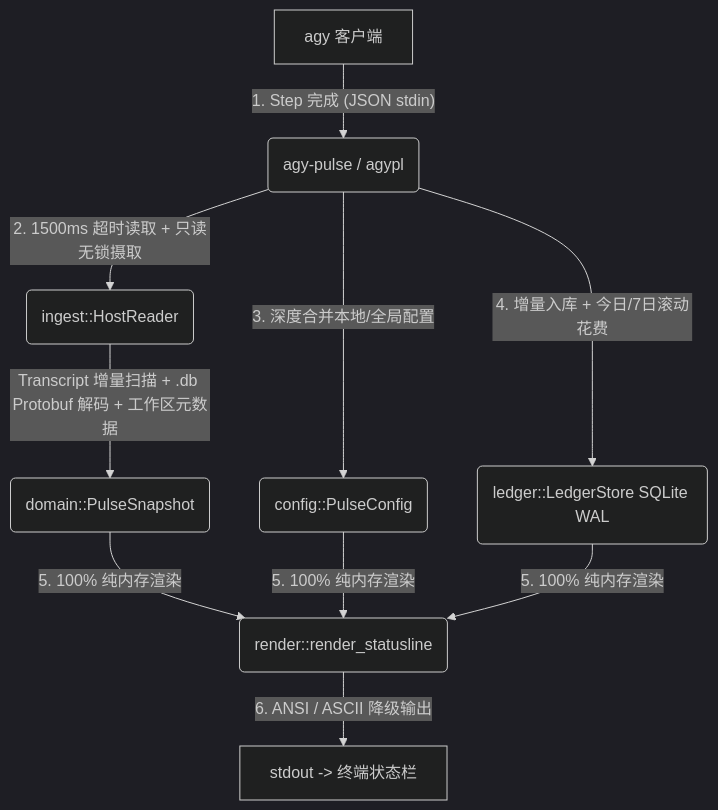
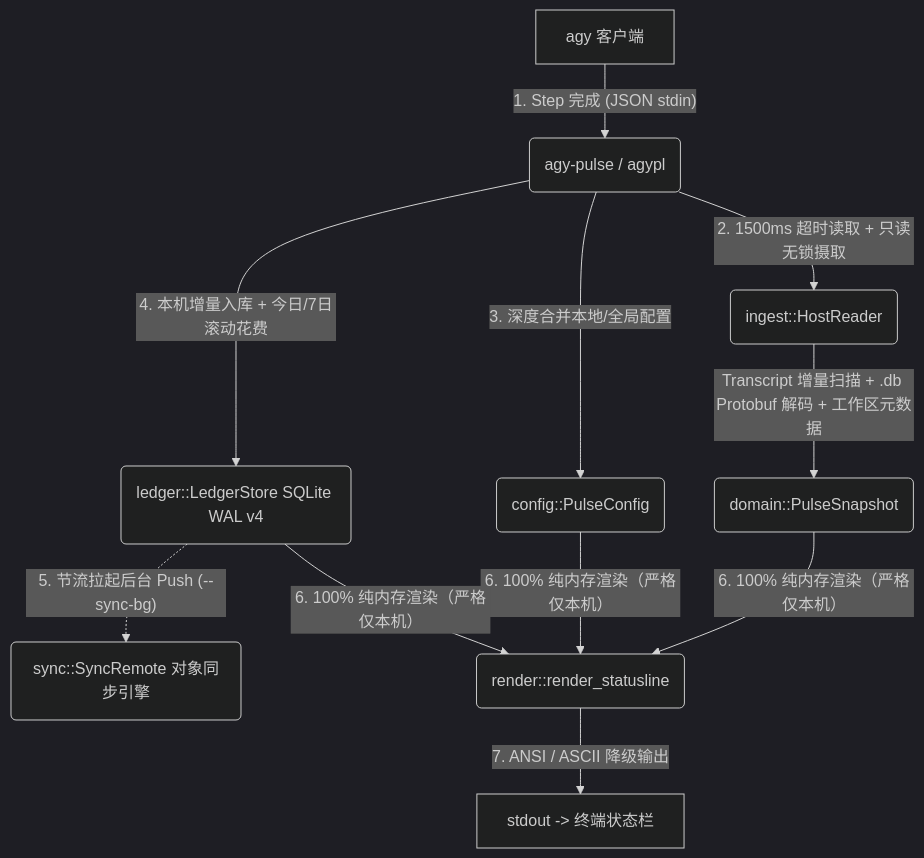
One commit to hardworkDAD/agy-pulse changed the diagram in docs/architecture_zh.md. Above: the diagram before and after it, drawn with Mermaid (dark theme). The commit also changed other lines of this file and 6 other files, not shown here.

Commit message:
docs(sync): document multi-device sync architecture, reference, and pulse-config skill

````diff
--- a/docs/architecture_zh.md
+++ b/docs/architecture_zh.md
@@ -16,10 +16,11 @@
 ```mermaid
 graph TD
     A[agy 客户端] -- "1. Step 完成 (JSON stdin)" --> B(agy-pulse / agypl)
     B -- "2. 1500ms 超时读取 + 只读无锁摄取" --> C(ingest::HostReader)
     C -- "Transcript 增量扫描 + .db Protobuf 解码 + 工作区元数据" --> D(domain::PulseSnapshot)
     B -- "3. 深度合并本地/全局配置" --> E(config::PulseConfig)
-    B -- "4. 增量入库 + 今日/7日滚动花费" --> F(ledger::LedgerStore SQLite WAL)
-    D & E & F -- "5. 100% 纯内存渲染" --> G(render::render_statusline)
-    G -- "6. ANSI / ASCII 降级输出" --> H[stdout -> 终端状态栏]
+    B -- "4. 本机增量入库 + 今日/7日滚动花费" --> F(ledger::LedgerStore SQLite WAL v4)
+    F -. "5. 节流拉起后台 Push (--sync-bg)" .-> I(sync::SyncRemote 对象同步引擎)
+    D & E & F -- "6. 100% 纯内存渲染（严格仅本机）" --> G(render::render_statusline)
+    G -- "7. ANSI / ASCII 降级输出" --> H[stdout -> 终端状态栏]
 ```
````
